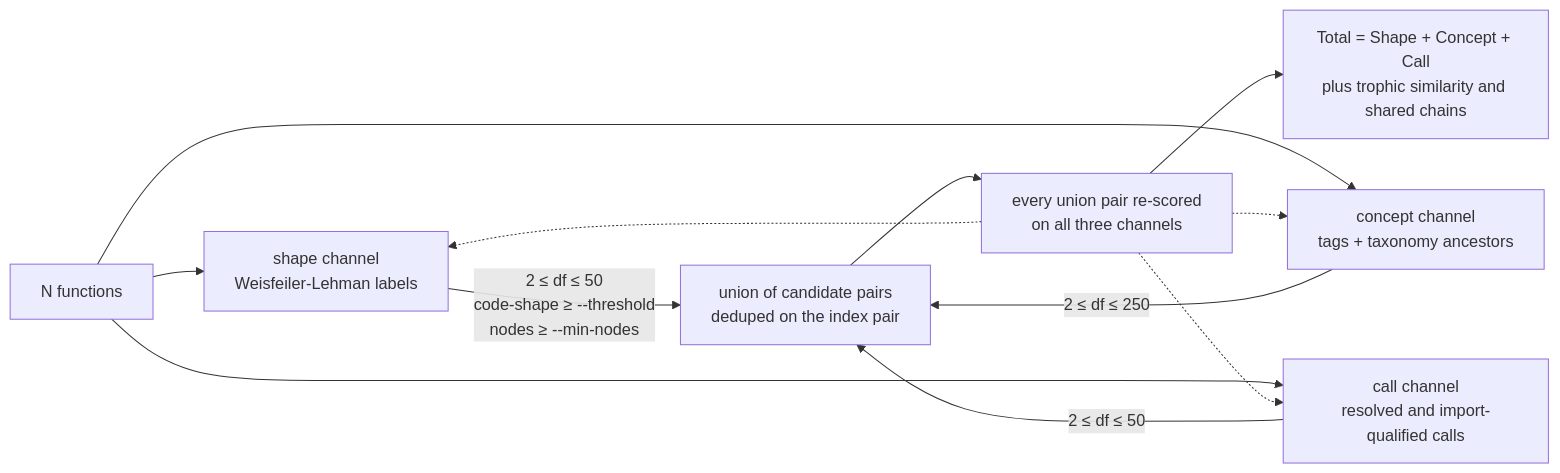
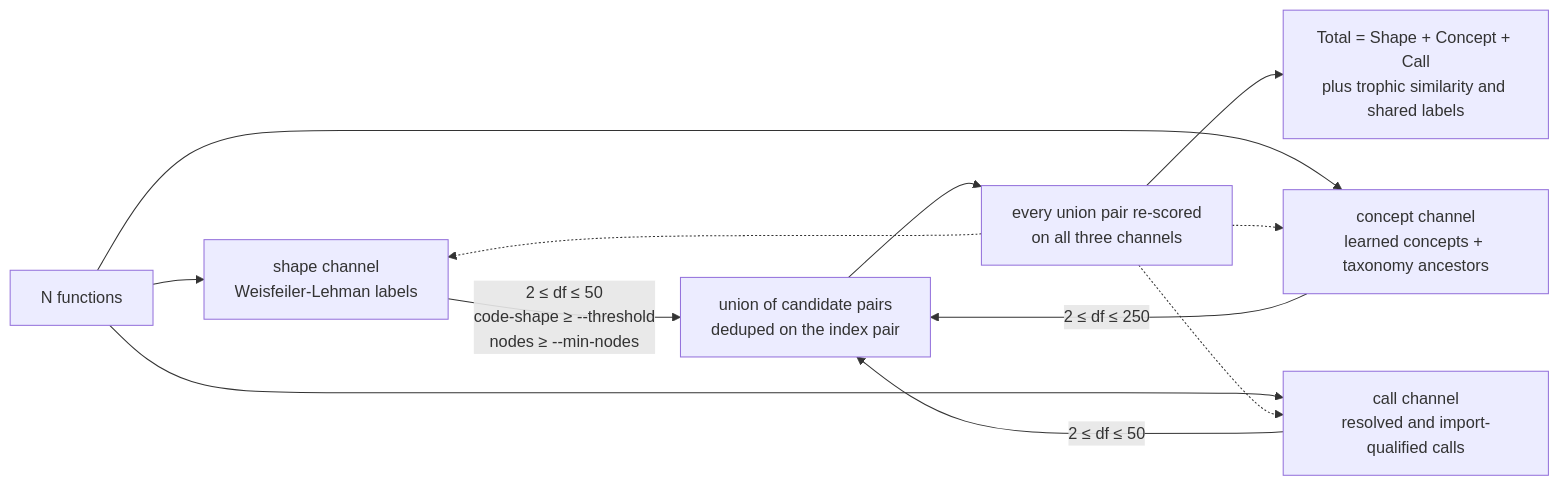
The second of 9 diagrams in .github/wiki/how-it-works.md (LukasSelin/doppel), drawn with Mermaid before and after one commit. The commit also changed other lines of this file and 4 other files, not shown here.

````diff
--- a/.github/wiki/how-it-works.md
+++ b/.github/wiki/how-it-works.md
@@ -49,19 +55,19 @@
 ```mermaid
 flowchart LR
     fns["N functions"]
 
     fns --> shape["shape channel<br/>Weisfeiler-Lehman labels"]
-    fns --> con["concept channel<br/>tags + taxonomy ancestors"]
+    fns --> con["concept channel<br/>learned concepts + taxonomy ancestors"]
     fns --> calls["call channel<br/>resolved and import-qualified calls"]
 
     shape -->|"2 ≤ df ≤ 50<br/>code-shape ≥ --threshold<br/>nodes ≥ --min-nodes"| U["union of candidate pairs<br/>deduped on the index pair"]
     con -->|"2 ≤ df ≤ 250"| U
     calls -->|"2 ≤ df ≤ 50"| U
 
     U --> ev["every union pair re-scored<br/>on all three channels"]
-    ev --> tot["Total = Shape + Concept + Call<br/>plus trophic similarity and shared chains"]
+    ev --> tot["Total = Shape + Concept + Call<br/>plus trophic similarity and shared labels"]
 
     ev -.-> shape
     ev -.-> con
     ev -.-> calls
 ```
````
